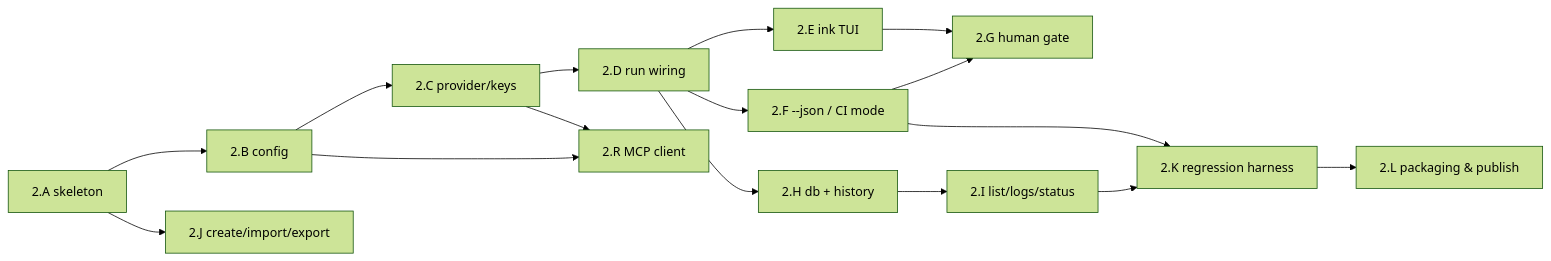
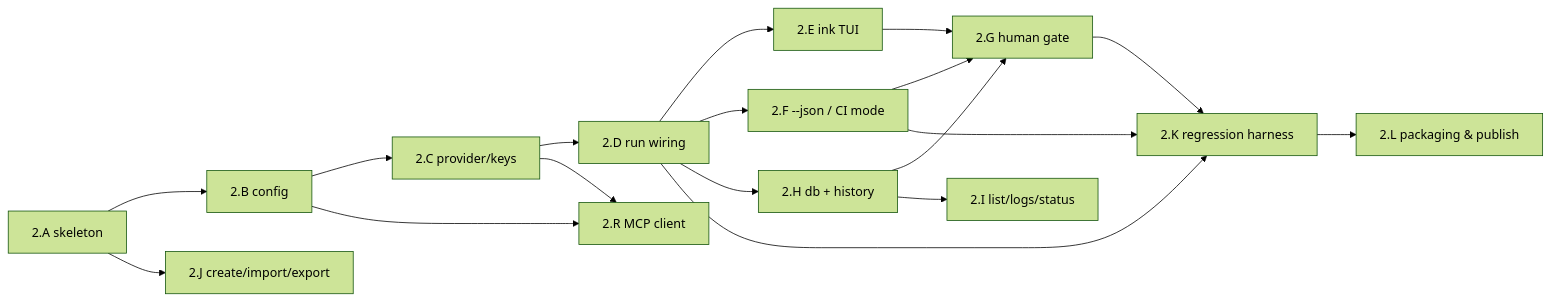
The first of 2 diagrams in docs/roadmap/phases/phase-2-cli.md (HodeTech/Relavium), drawn with Mermaid (forest theme) before and after one commit. The commit also changed other lines of this file, not shown here.

Commit message:
docs(roadmap): update Phase 2 CLI status and clarify project milestones

````diff
--- a/docs/roadmap/phases/phase-2-cli.md
+++ b/docs/roadmap/phases/phase-2-cli.md
@@ -90,18 +90,20 @@
 ```mermaid
 flowchart LR
   A["2.A skeleton"] --> B["2.B config"]
   B --> C["2.C provider/keys"]
   C --> D["2.D run wiring"]
   D --> E["2.E ink TUI"]
   D --> F["2.F --json / CI mode"]
   E --> G["2.G human gate"]
   F --> G
   D --> H["2.H db + history"]
+  H --> G
   H --> I["2.I list/logs/status"]
   A --> J["2.J create/import/export"]
-  F --> K["2.K regression harness"]
-  I --> K
+  D --> K["2.K regression harness"]
+  F --> K
+  G --> K
   K --> L["2.L packaging & publish"]
   B --> R["2.R MCP client"]
   C --> R
 ```
````
